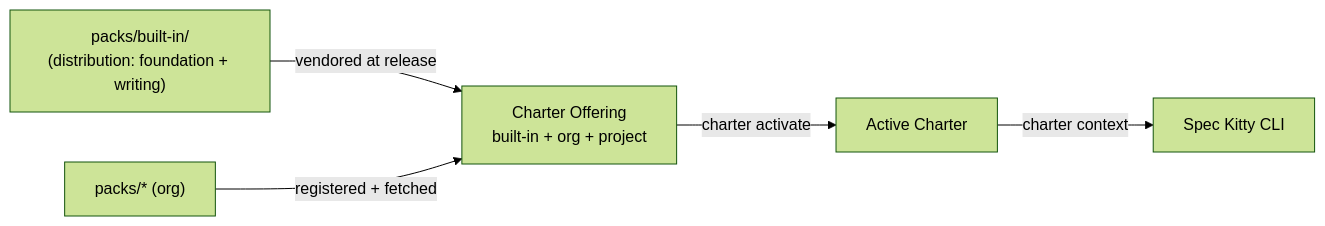
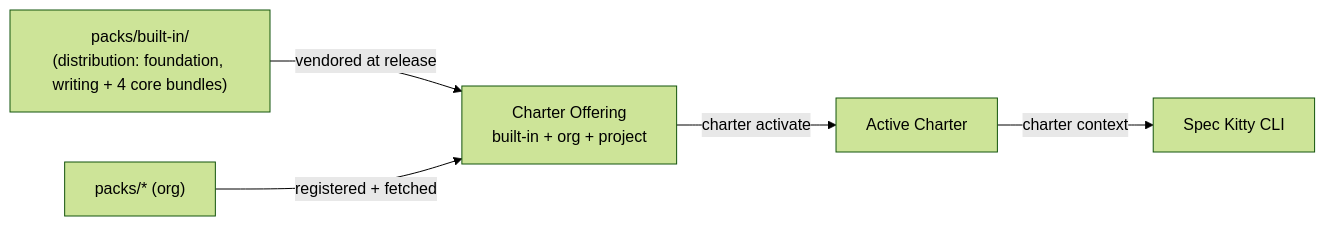
One commit to spec-kitty/spec-kitty-open-packs changed the diagram in README.md. Above: the diagram before and after it, drawn with Mermaid (forest theme). The commit also changed other lines of this file and 20 other files, not shown here.

First line of the commit message:
docs: built-in aggregates the core bundles (ADR amendment, changelog, pack pages)

````diff
--- a/README.md
+++ b/README.md
@@ -32,7 +32,7 @@
 ```mermaid
 flowchart LR
-  BI["packs/built-in/<br/>(distribution: foundation + writing)"] -- vendored at release --> OF
+  BI["packs/built-in/<br/>(distribution: foundation, writing + 4 core bundles)"] -- vendored at release --> OF
   PK["packs/* (org)"] -- registered + fetched --> OF
   OF["Charter Offering<br/>built-in + org + project"] -- charter activate --> AC["Active Charter"]
   AC -- charter context --> CLI["Spec Kitty CLI"]
 ```
````
